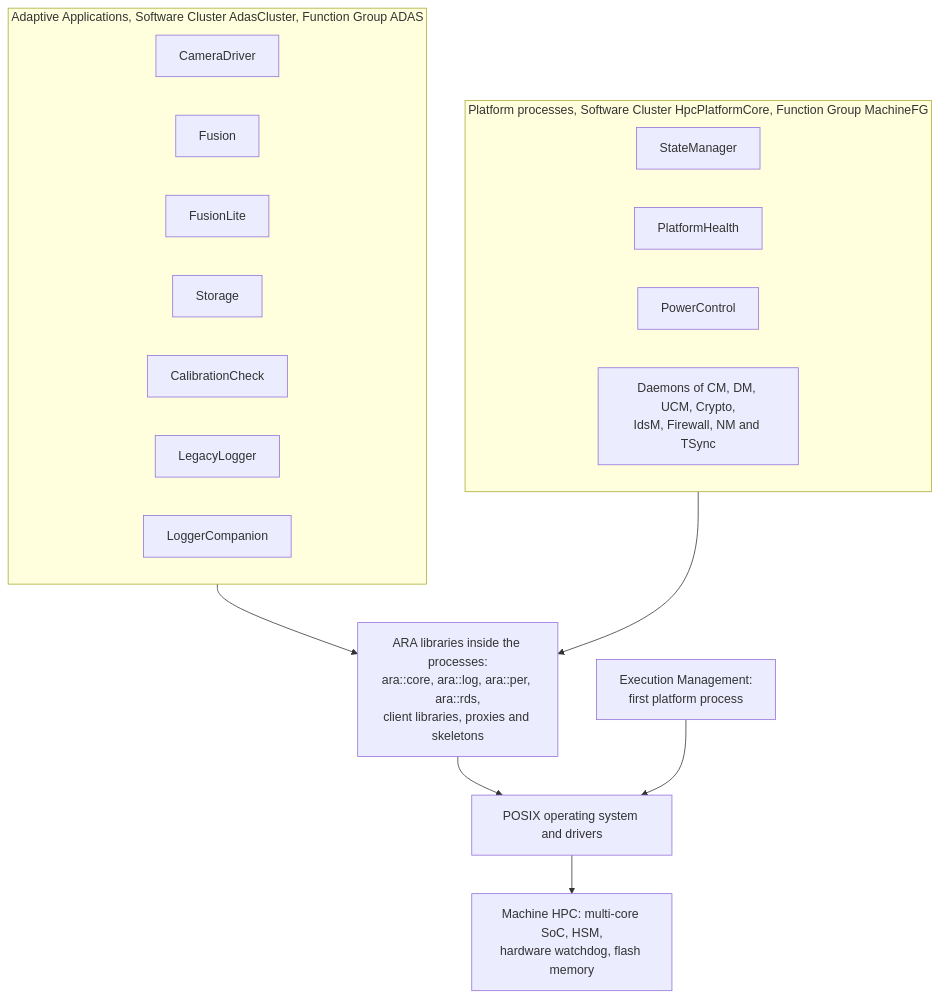
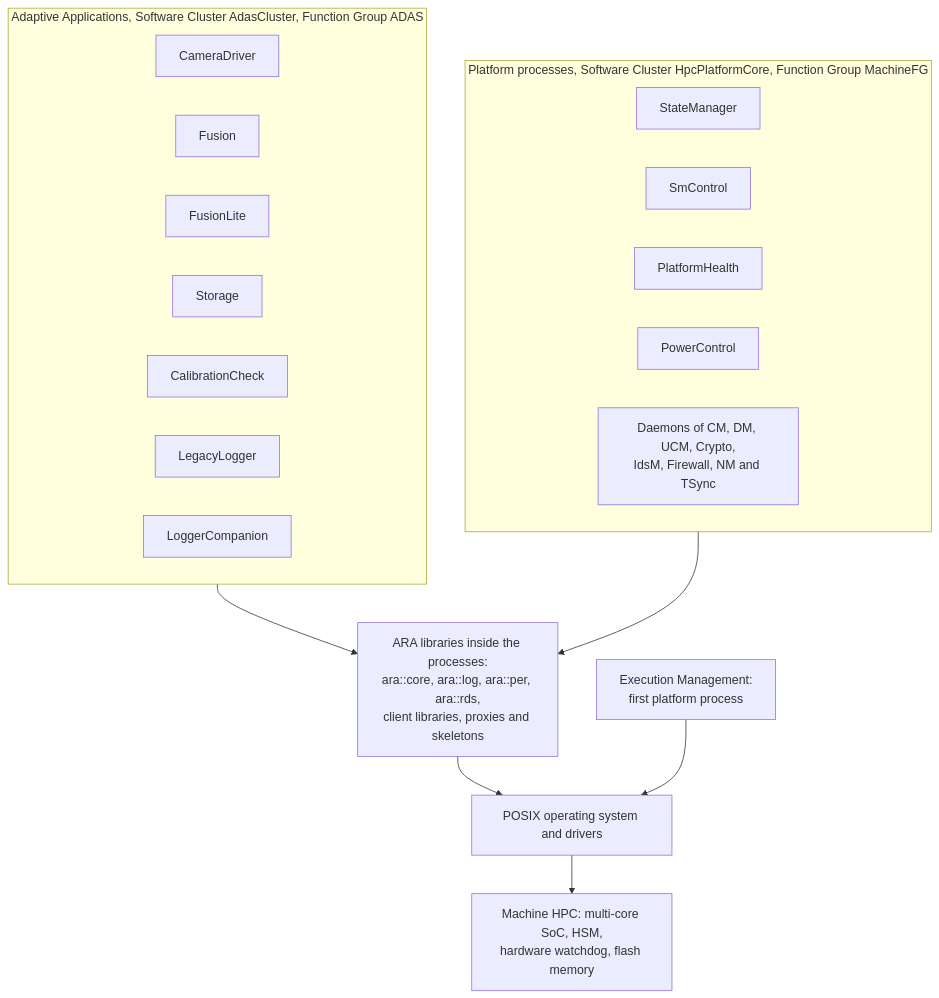
One commit to cavoidcodon/adaptive-guides changed diagram 14 of 15 in guides/01_PlatformOverview.md. Above: the diagram before and after it, drawn with Mermaid. The commit also changed other lines of this file and 6 other files, not shown here.

````diff
--- a/guides/01_PlatformOverview.md
+++ b/guides/01_PlatformOverview.md
@@ -1421,29 +1421,30 @@
 ```mermaid
 flowchart TB
     subgraph APPS["Adaptive Applications, Software Cluster AdasCluster, Function Group ADAS"]
         direction LR
         CD["CameraDriver"]
         FU["Fusion"]
         FL["FusionLite"]
         ST["Storage"]
         CC["CalibrationCheck"]
         LL["LegacyLogger"]
         LC["LoggerCompanion"]
     end
     subgraph PLAT["Platform processes, Software Cluster HpcPlatformCore, Function Group MachineFG"]
         direction LR
         SMG["StateManager"]
+        SMC["SmControl"]
         PH["PlatformHealth"]
         PCT["PowerControl"]
         DAE["Daemons of CM, DM, UCM, Crypto,<br/>IdsM, Firewall, NM and TSync"]
     end
     LIBS["ARA libraries inside the processes:<br/>ara::core, ara::log, ara::per, ara::rds,<br/>client libraries, proxies and skeletons"]
     EM["Execution Management:<br/>first platform process"]
     OS["POSIX operating system and drivers"]
     HW["Machine HPC: multi-core SoC, HSM,<br/>hardware watchdog, flash memory"]
     APPS --> LIBS
     PLAT --> LIBS
     LIBS --> OS
     EM --> OS
     OS --> HW
 ```
````
